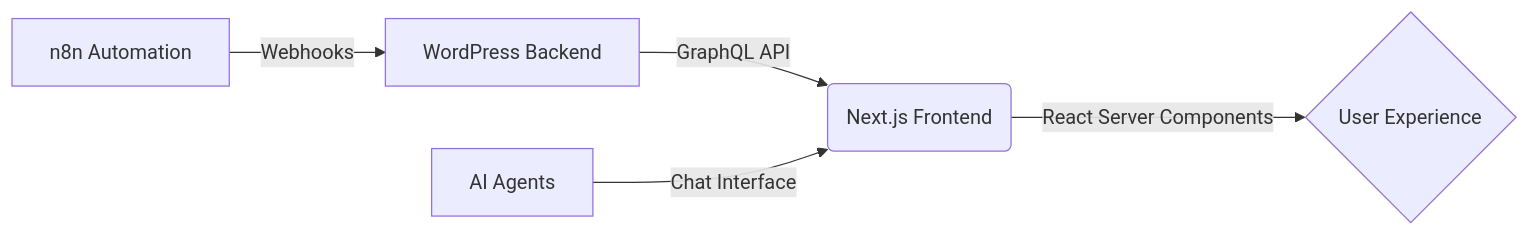
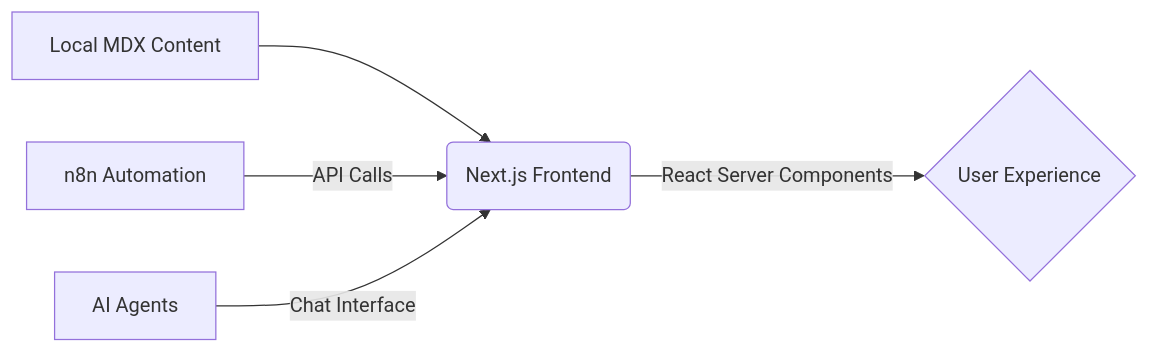
The diagram in README.md (Whois-Alfaz/whoisalfazv2), drawn with Mermaid before and after one commit. The commit also changed other lines of this file and 13 other files, not shown here.

````diff
--- a/README.md
+++ b/README.md
@@ -18,7 +18,7 @@
 ```mermaid
 graph LR
-  A[WordPress Backend] -- GraphQL API --> B(Next.js Frontend)
+  A[Local MDX Content] --> B(Next.js Frontend)
   B -- React Server Components --> C{User Experience}
-  D[n8n Automation] -- Webhooks --> A
+  D[n8n Automation] -- API Calls --> B
   E[AI Agents] -- Chat Interface --> B
 ```
````
